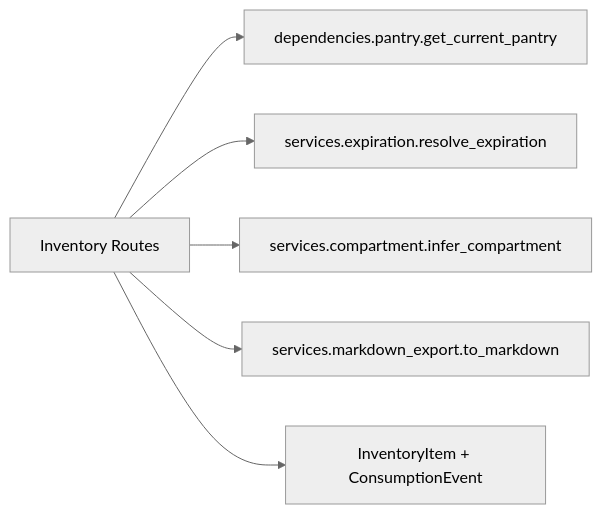
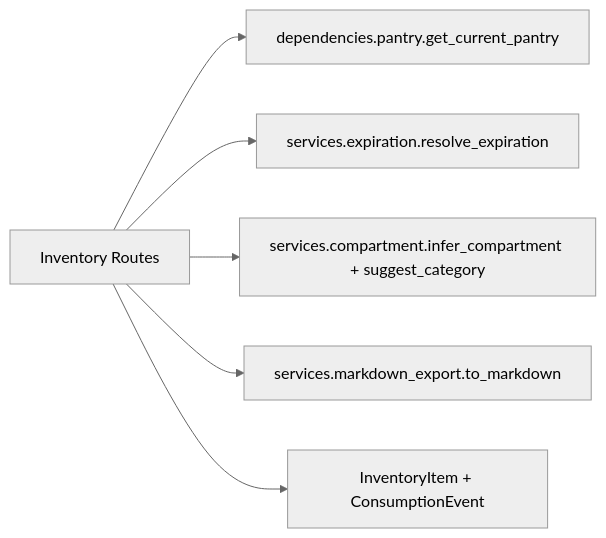
One commit to lorecanc/dispensapp changed the diagram in wiki/modules/backend-routes-inventory.md. Above: the diagram before and after it, drawn with Mermaid (neutral theme). The commit also changed other lines of this file and 33 other files, not shown here.

````diff
--- a/wiki/modules/backend-routes-inventory.md
+++ b/wiki/modules/backend-routes-inventory.md
@@ -55,8 +55,8 @@
 ```mermaid
 graph LR
     InventoryRoutes["Inventory Routes"] --> PantryDep["dependencies.pantry.get_current_pantry"]
     InventoryRoutes --> ExpirationSvc["services.expiration.resolve_expiration"]
-    InventoryRoutes --> CompartmentSvc["services.compartment.infer_compartment"]
+    InventoryRoutes --> CompartmentSvc["services.compartment.infer_compartment + suggest_category"]
     InventoryRoutes --> MarkdownSvc["services.markdown_export.to_markdown"]
     InventoryRoutes --> ORM["InventoryItem + ConsumptionEvent"]
 ```
````
